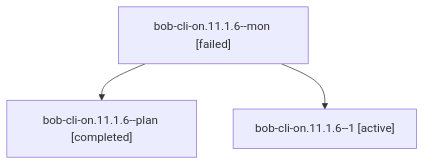
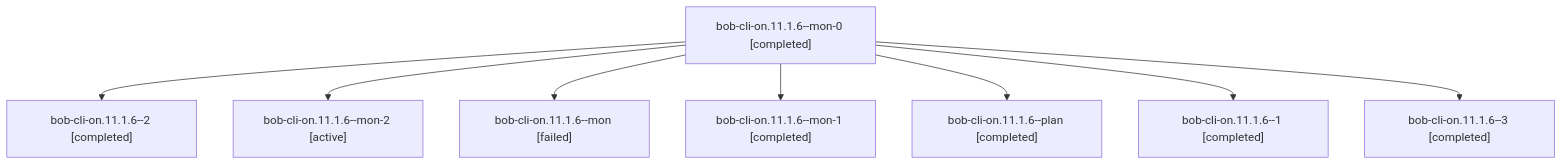
One commit to bobs-org/bob-cli--agents changed the diagram in sessions/bbugyi200.athena.bob-cli-on.11.1.6.md. Above: the diagram before and after it, drawn with Mermaid. The commit also changed other lines of this file and 228 other files, not shown here.

````diff
--- a/sessions/bbugyi200.athena.bob-cli-on.11.1.6.md
+++ b/sessions/bbugyi200.athena.bob-cli-on.11.1.6.md
@@ -9,8 +9,18 @@
 ```mermaid
 flowchart TD
-  n0["bob-cli-on.11.1.6--mon [failed]"]
-  n1["bob-cli-on.11.1.6--plan [completed]"]
+  n0["bob-cli-on.11.1.6--mon-0 [completed]"]
+  n1["bob-cli-on.11.1.6--2 [completed]"]
   n0 --> n1
-  n2["bob-cli-on.11.1.6--1 [active]"]
+  n2["bob-cli-on.11.1.6--mon-2 [active]"]
   n0 --> n2
+  n3["bob-cli-on.11.1.6--mon [failed]"]
+  n0 --> n3
+  n4["bob-cli-on.11.1.6--mon-1 [completed]"]
+  n0 --> n4
+  n5["bob-cli-on.11.1.6--plan [completed]"]
+  n0 --> n5
+  n6["bob-cli-on.11.1.6--1 [completed]"]
+  n0 --> n6
+  n7["bob-cli-on.11.1.6--3 [completed]"]
+  n0 --> n7
 ```
````
